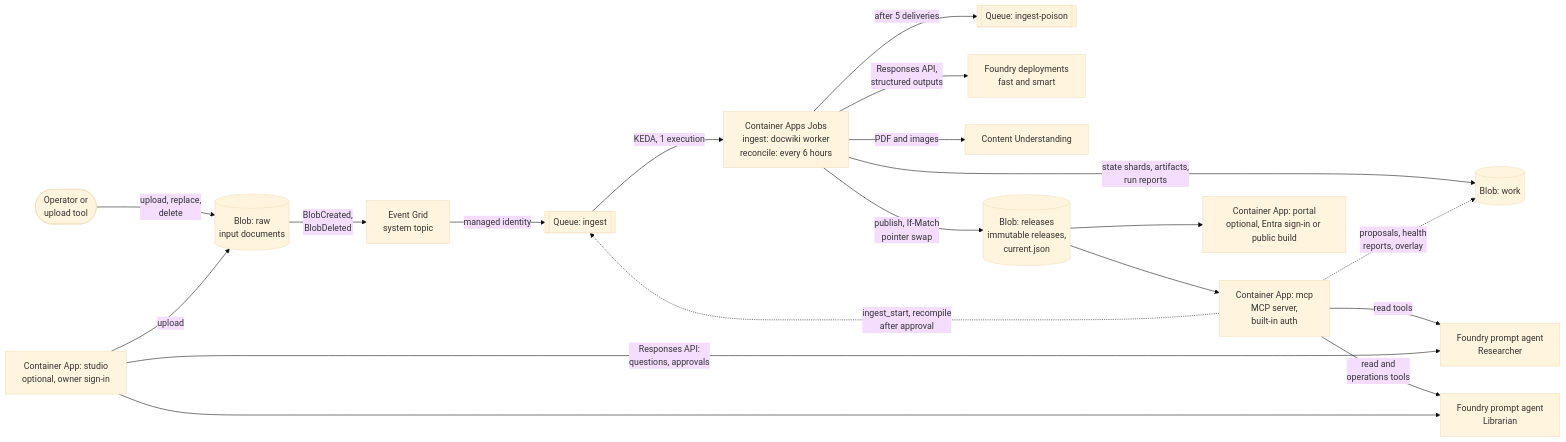
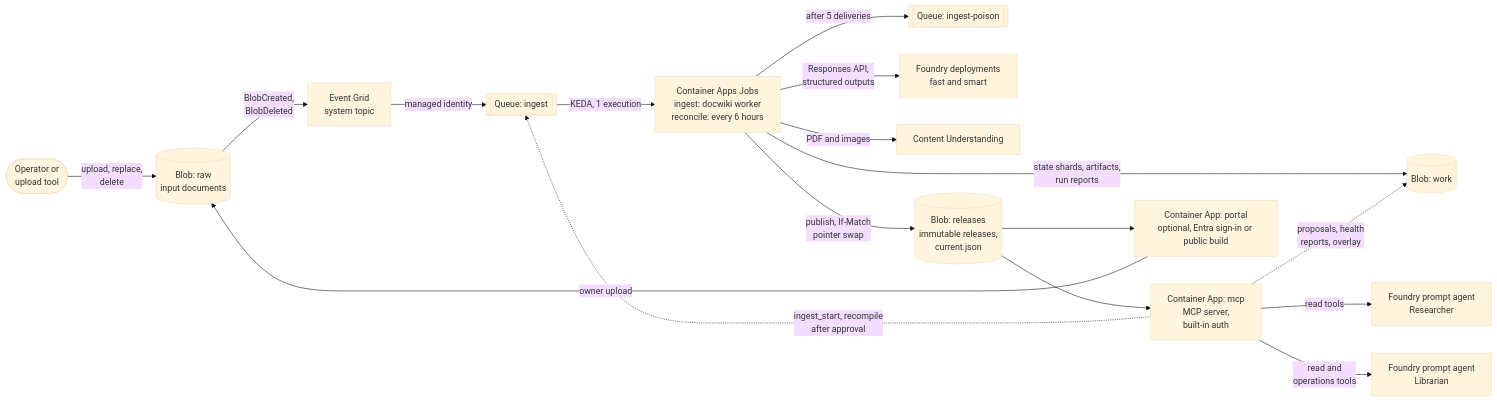
The first of 5 diagrams in docs/architecture.md (ozgurkarahan/docwiki), drawn with Mermaid (base theme) before and after one commit. The commit also changed other lines of this file and 60 other files, not shown here.

````diff
--- a/docs/architecture.md
+++ b/docs/architecture.md
@@ -19,21 +19,19 @@
 ```mermaid
 flowchart LR
   operator(["Operator or<br/>upload tool"]) -->|"upload, replace,<br/>delete"| raw[("Blob: raw<br/>input documents")]
   raw -->|"BlobCreated,<br/>BlobDeleted"| eg["Event Grid<br/>system topic"]
   eg -->|"managed identity"| queue[["Queue: ingest"]]
   queue -->|"KEDA, 1 execution"| jobs["Container Apps Jobs<br/>ingest: docwiki worker<br/>reconcile: every 6 hours"]
   jobs -->|"after 5 deliveries"| poison[["Queue: ingest-poison"]]
   jobs -->|"state shards, artifacts,<br/>run reports"| work[("Blob: work")]
   jobs -->|"Responses API,<br/>structured outputs"| models["Foundry deployments<br/>fast and smart"]
   jobs -->|"PDF and images"| cu["Content Understanding"]
   jobs -->|"publish, If-Match<br/>pointer swap"| releases[("Blob: releases<br/>immutable releases,<br/>current.json")]
   releases --> mcp["Container App: mcp<br/>MCP server,<br/>built-in auth"]
   releases --> portal["Container App: portal<br/>optional, Entra sign-in or public build"]
   mcp -->|"read tools"| researcher["Foundry prompt agent<br/>Researcher"]
   mcp -->|"read and<br/>operations tools"| librarian["Foundry prompt agent<br/>Librarian"]
   mcp -.->|"ingest_start, recompile<br/>after approval"| queue
   mcp -.->|"proposals, health<br/>reports, overlay"| work
-  studio["Container App: studio<br/>optional, owner sign-in"] -->|"upload"| raw
-  studio -->|"Responses API:<br/>questions, approvals"| researcher
-  studio --> librarian
+  portal -->|"owner upload"| raw
 ```
````
